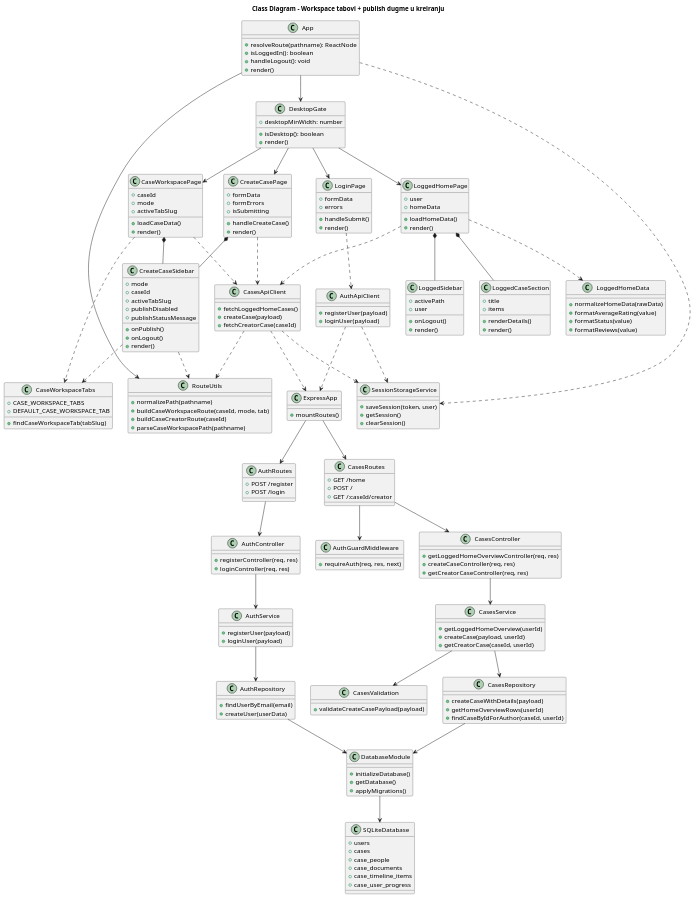
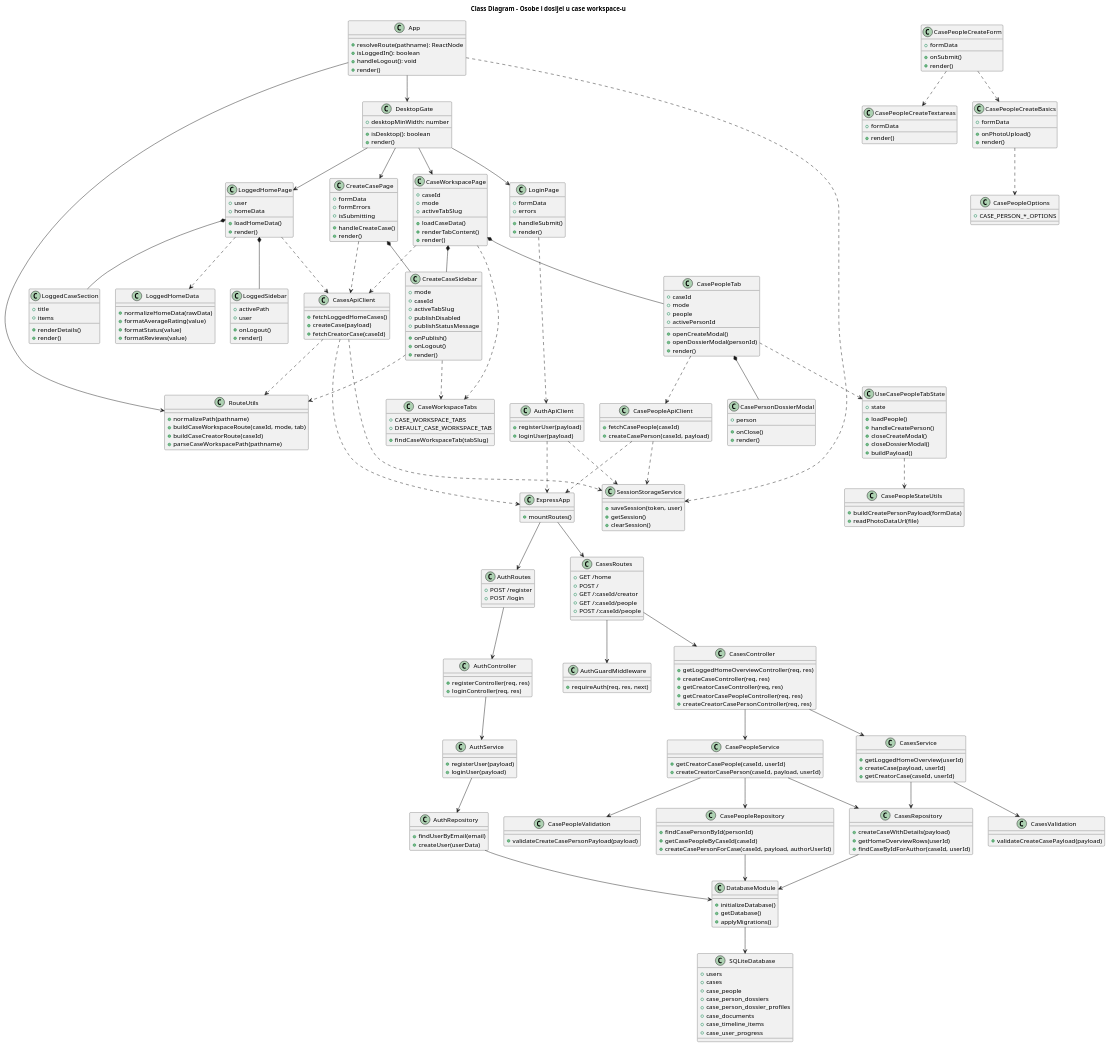
The diagram in Docs/architecture/class_diagram.puml (bagi002/INSPEKTOR), drawn with PlantUML before and after one commit. The commit also changed 35 other files, not shown here.

Commit message:
Dodate osobe u sucaju i dosijei osoba

```diff
--- a/Docs/architecture/class_diagram.puml
+++ b/Docs/architecture/class_diagram.puml
@@ -1,5 +1,5 @@
 @startuml Class Diagram
-title Class Diagram - Workspace tabovi + publish dugme u kreiranju
+title Class Diagram - Osobe i dosijei u case workspace-u
 
 class App {
   +resolveRoute(pathname): ReactNode
@@ -69,7 +69,59 @@
   +mode
   +activeTabSlug
   +loadCaseData()
+  +renderTabContent()
   +render()
+}
+
+class CasePeopleTab {
+  +caseId
+  +mode
+  +people
+  +activePersonId
+  +openCreateModal()
+  +openDossierModal(personId)
+  +render()
+}
+
+class UseCasePeopleTabState {
+  +loadPeople()
+  +handleCreatePerson()
+  +closeCreateModal()
+  +closeDossierModal()
+  +buildPayload()
+  +state
+}
+
+class CasePersonDossierModal {
+  +person
+  +onClose()
+  +render()
+}
+
+class CasePeopleCreateTextareas {
+  +formData
+  +render()
+}
+
+class CasePeopleCreateBasics {
+  +formData
+  +onPhotoUpload()
+  +render()
+}
+
+class CasePeopleCreateForm {
+  +formData
+  +onSubmit()
+  +render()
+}
+
+class CasePeopleOptions {
+  +CASE_PERSON_*_OPTIONS
+}
+
+class CasePeopleStateUtils {
+  +buildCreatePersonPayload(formData)
+  +readPhotoDataUrl(file)
 }
 
 class CreateCaseSidebar {
@@ -100,6 +152,11 @@
   +fetchCreatorCase(caseId)
 }
 
+class CasePeopleApiClient {
+  +fetchCasePeople(caseId)
+  +createCasePerson(caseId, payload)
+}
+
 class SessionStorageService {
   +saveSession(token, user)
   +getSession()
@@ -119,6 +176,8 @@
   +GET /home
   +POST /
   +GET /:caseId/creator
+  +GET /:caseId/people
+  +POST /:caseId/people
 }
 
 class AuthGuardMiddleware {
@@ -134,6 +193,8 @@
   +getLoggedHomeOverviewController(req, res)
   +createCaseController(req, res)
   +getCreatorCaseController(req, res)
+  +getCreatorCasePeopleController(req, res)
+  +createCreatorCasePersonController(req, res)
 }
 
 class AuthService {
@@ -147,8 +208,17 @@
   +getCreatorCase(caseId, userId)
 }
 
+class CasePeopleService {
+  +getCreatorCasePeople(caseId, userId)
+  +createCreatorCasePerson(caseId, payload, userId)
+}
+
 class CasesValidation {
   +validateCreateCasePayload(payload)
+}
+
+class CasePeopleValidation {
+  +validateCreateCasePersonPayload(payload)
 }
 
 class AuthRepository {
@@ -162,6 +232,12 @@
   +findCaseByIdForAuthor(caseId, userId)
 }
 
+class CasePeopleRepository {
+  +findCasePersonById(personId)
+  +getCasePeopleByCaseId(caseId)
+  +createCasePersonForCase(caseId, payload, authorUserId)
+}
+
 class DatabaseModule {
   +initializeDatabase()
   +getDatabase()
@@ -172,6 +248,8 @@
   +users
   +cases
   +case_people
+  +case_person_dossiers
+  +case_person_dossier_profiles
   +case_documents
   +case_timeline_items
   +case_user_progress
@@ -188,6 +266,8 @@
 LoggedHomePage ..> LoggedHomeData
 CreateCasePage *-- CreateCaseSidebar
 CaseWorkspacePage *-- CreateCaseSidebar
+CaseWorkspacePage *-- CasePeopleTab
+CasePeopleTab *-- CasePersonDossierModal
 CaseWorkspacePage ..> CaseWorkspaceTabs
 
 App ..> SessionStorageService
@@ -195,14 +275,22 @@
 LoggedHomePage ..> CasesApiClient
 CreateCasePage ..> CasesApiClient
 CaseWorkspacePage ..> CasesApiClient
+CasePeopleTab ..> CasePeopleApiClient
+CasePeopleTab ..> UseCasePeopleTabState
+UseCasePeopleTabState ..> CasePeopleStateUtils
+CasePeopleCreateForm ..> CasePeopleCreateBasics
+CasePeopleCreateForm ..> CasePeopleCreateTextareas
+CasePeopleCreateBasics ..> CasePeopleOptions
 AuthApiClient ..> SessionStorageService
 CasesApiClient ..> SessionStorageService
+CasePeopleApiClient ..> SessionStorageService
 CasesApiClient ..> RouteUtils
 CreateCaseSidebar ..> CaseWorkspaceTabs
 CreateCaseSidebar ..> RouteUtils
 
 AuthApiClient ..> ExpressApp
 CasesApiClient ..> ExpressApp
+CasePeopleApiClient ..> ExpressApp
 ExpressApp --> AuthRoutes
 ExpressApp --> CasesRoutes
 CasesRoutes --> AuthGuardMiddleware
@@ -210,10 +298,15 @@
 CasesRoutes --> CasesController
 AuthController --> AuthService
 CasesController --> CasesService
+CasesController --> CasePeopleService
 CasesService --> CasesValidation
+CasePeopleService --> CasePeopleValidation
 AuthService --> AuthRepository
 CasesService --> CasesRepository
+CasePeopleService --> CasesRepository
+CasePeopleService --> CasePeopleRepository
 AuthRepository --> DatabaseModule
 CasesRepository --> DatabaseModule
+CasePeopleRepository --> DatabaseModule
 DatabaseModule --> SQLiteDatabase
 @enduml
```
